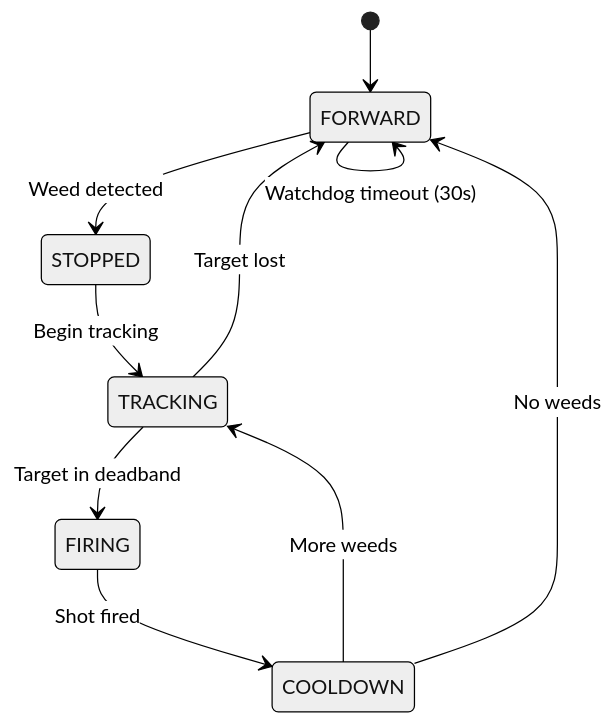
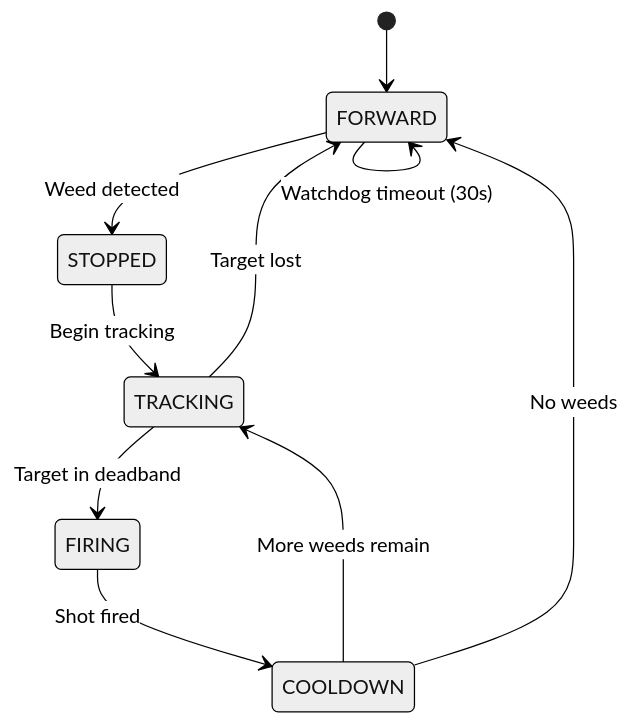
Before and after one commit to ngphong01/Detectgrass_IOT: the diagram in README.md, drawn with Mermaid (neutral theme). The commit also changed other lines of this file, not shown here.

````diff
--- a/README.md
+++ b/README.md
@@ -238,12 +262,13 @@
 ```mermaid
 stateDiagram-v2
     [*] --> FORWARD
+
     FORWARD --> STOPPED : Weed detected
     STOPPED --> TRACKING : Begin tracking
     TRACKING --> FIRING : Target in deadband
     FIRING --> COOLDOWN : Shot fired
-    COOLDOWN --> TRACKING : More weeds
+    COOLDOWN --> TRACKING : More weeds remain
     COOLDOWN --> FORWARD : No weeds
     TRACKING --> FORWARD : Target lost
     FORWARD --> FORWARD : Watchdog timeout (30s)
 ```
````
